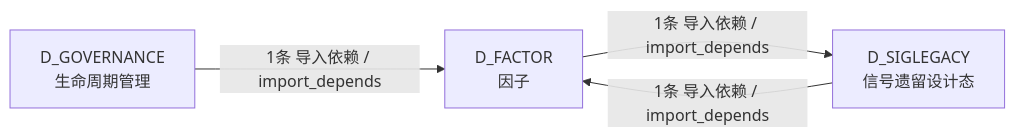
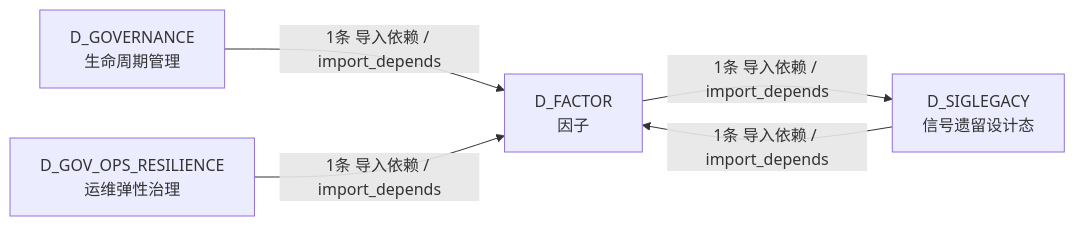
One commit to xuanFelixVan/ZephyrAlpha changed the fourth of 4 diagrams in docs/02_enterprise_architecture/02_domain_architecture_docs/36_d_factor.md. Above: the diagram before and after it, drawn with Mermaid. The commit also changed other lines of this file and 126 other files, not shown here.

````diff
--- a/docs/02_enterprise_architecture/02_domain_architecture_docs/36_d_factor.md
+++ b/docs/02_enterprise_architecture/02_domain_architecture_docs/36_d_factor.md
@@ -194,9 +199,11 @@
 ```mermaid
 graph LR
     D_FACTOR["D_FACTOR<br/>因子"]
     D_SIGLEGACY["D_SIGLEGACY<br/>信号遗留设计态"]
     D_GOVERNANCE["D_GOVERNANCE<br/>生命周期管理"]
+    D_GOV_OPS_RESILIENCE["D_GOV_OPS_RESILIENCE<br/>运维弹性治理"]
     D_FACTOR -->|1条 导入依赖 / import_depends| D_SIGLEGACY
     D_GOVERNANCE -->|1条 导入依赖 / import_depends| D_FACTOR
+    D_GOV_OPS_RESILIENCE -->|1条 导入依赖 / import_depends| D_FACTOR
     D_SIGLEGACY -->|1条 导入依赖 / import_depends| D_FACTOR
 ```
````
